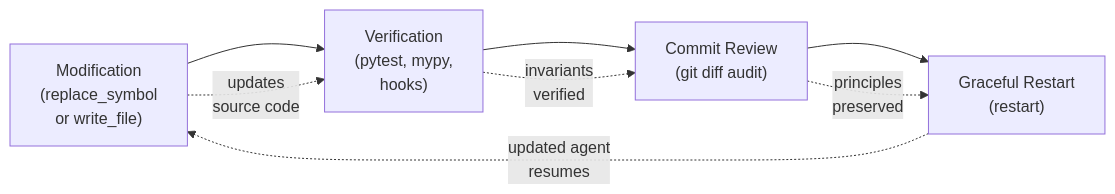
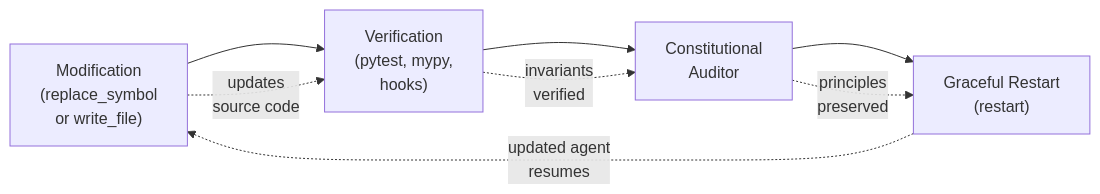
One commit to Redna/talos_runtime changed the fifth of 7 diagrams in docs/ARCHITECTURE.md. Above: the diagram before and after it, drawn with Mermaid. The commit also changed other lines of this file, not shown here.

Commit message:
Add runtime sections 7-10: Runtime Architecture, Watchdog, Gate, Containment

````diff
--- a/docs/ARCHITECTURE.md
+++ b/docs/ARCHITECTURE.md
@@ -211,11 +233,10 @@
 ```mermaid
 graph LR
     A["Modification<br/>(replace_symbol<br/>or write_file)"] --> V["Verification<br/>(pytest, mypy,<br/>hooks)"]
-    V --> C["Commit Review<br/>(git diff audit)"]
-    C --> R["Graceful Restart<br/>(restart)"]
-    
+    V --> CA["Constitutional<br/>Auditor"]
+    CA --> R["Graceful Restart<br/>(restart)"]
     A -.->|"updates<br/>source code"| V
-    V -.->|"invariants<br/>verified"| C
-    C -.->|"principles<br/>preserved"| R
+    V -.->|"invariants<br/>verified"| CA
+    CA -.->|"principles<br/>preserved"| R
     R -.->|"updated agent<br/>resumes"| A
 ```
````
